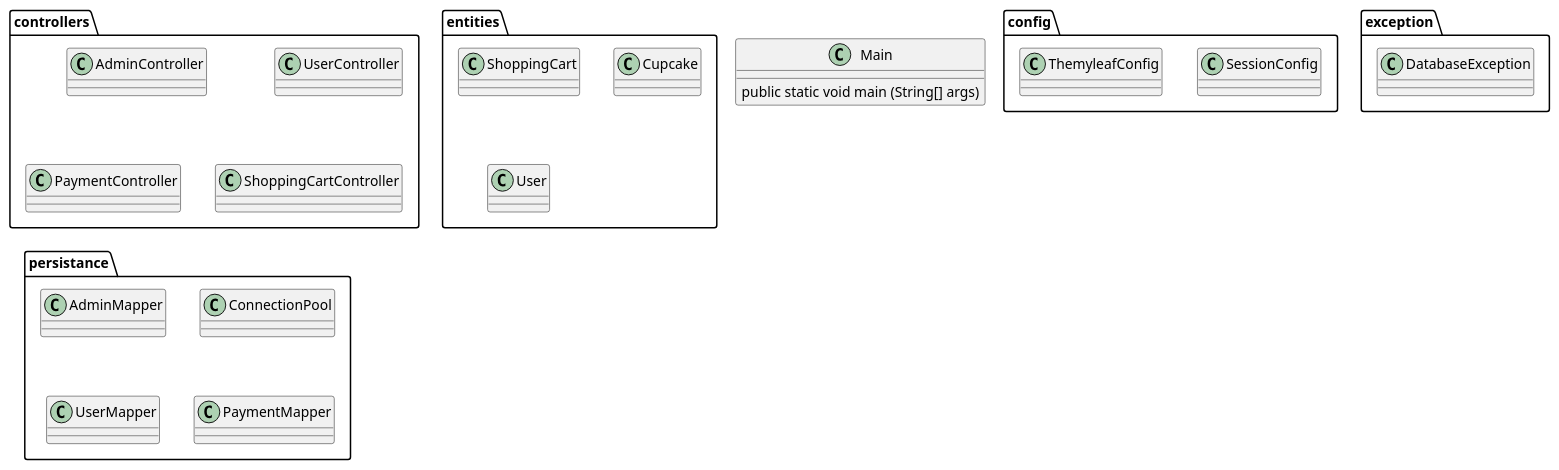
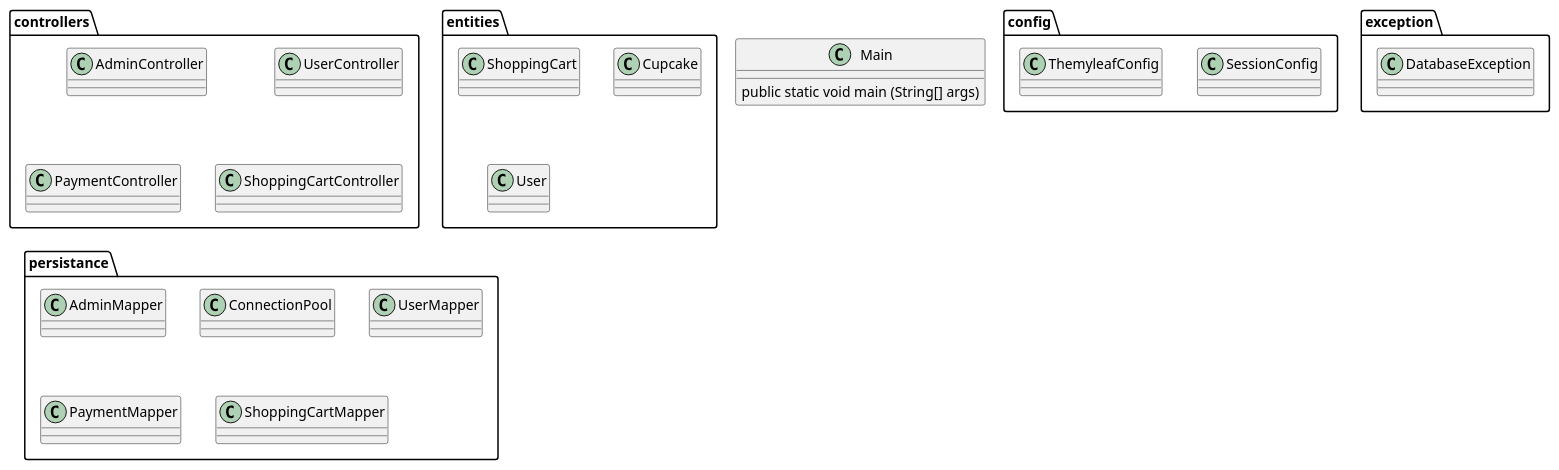
One commit to GladVillainy/CupCakeSemester2SP2 changed the diagram in src/main/diagrams/ClassDiagram.puml. Above: the diagram before and after it, drawn with PlantUML. The commit also changed 2 other files, not shown here.

```diff
--- a/src/main/diagrams/ClassDiagram.puml
+++ b/src/main/diagrams/ClassDiagram.puml
@@ -1,66 +1,68 @@
 @startuml
 'https://plantuml.com/class-diagram
 
 class Main {
 public static void main (String[] args)
 }
 package config {
 class SessionConfig{
 
 }
 class ThemyleafConfig{
 
 }
 
 }
 package controllers {
 class AdminController{
 
 }
 class UserController{
 
 }
 class PaymentController{
 
 }
 class ShoppingCartController{
 
 }
 
 }
 
 package entities {
 class ShoppingCart{
 
 }
 class Cupcake{
 
 }
 class User{
 
 }
 
 }
 package persistance {
 class AdminMapper{
 }
 class ConnectionPool{
 
 }
 class UserMapper{
 
 }
 class PaymentMapper{
 }
+class ShoppingCartMapper{
+}
 }
 package exception {
 class DatabaseException{
 
 }
 
 }
 
 
 
 
 @enduml
```
